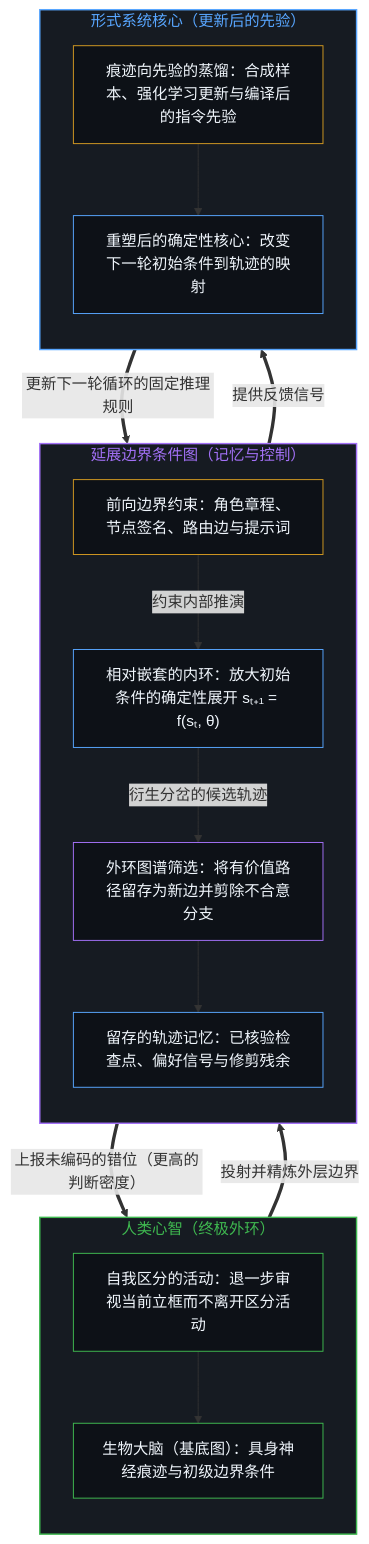
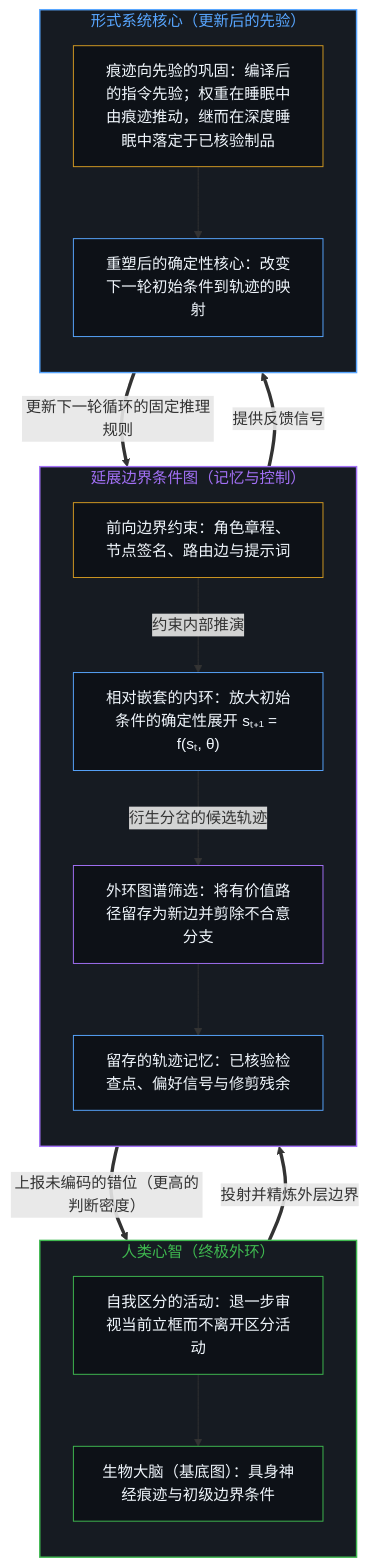
The third of 4 diagrams in content/posts/boundary-condition-graphs-as-memory-and-control-in-recursive-formal-systems.md (powerpig99/not-a-toe), drawn with Mermaid before and after one commit. The commit also changed other lines of this file and 13 other files, not shown here.

````diff
--- a/content/posts/boundary-condition-graphs-as-memory-and-control-in-recursive-formal-systems.md
+++ b/content/posts/boundary-condition-graphs-as-memory-and-control-in-recursive-formal-systems.md
@@ -117,38 +117,38 @@
 ```mermaid
 flowchart TD
     subgraph S_Mind["人类心智（终极外环）"]
         direction TB
         Edge["自我区分的活动：退一步审视当前立框而不离开区分活动"]
         BaseGraph["生物大脑（基底图）：具身神经痕迹与初级边界条件"]
         Edge --> BaseGraph
     end
     subgraph S_ExtGraph["延展边界条件图（记忆与控制）"]
         direction TB
         Constraints["前向边界约束：角色章程、节点签名、路由边与提示词"]
         Traces["留存的轨迹记忆：已核验检查点、偏好信号与修剪残余"]
         Constraints -->|"约束内部推演"| InnerLoop["相对嵌套的内环：放大初始条件的确定性展开 sₜ₊₁ = f(sₜ, θ)"]
         InnerLoop -->|"衍生分岔的候选轨迹"| Selection["外环图谱筛选：将有价值路径留存为新边并剪除不合意分支"]
         Selection --> Traces
     end
     subgraph S_Core["形式系统核心（更新后的先验）"]
         direction TB
-        Feedback["痕迹向先验的蒸馏：合成样本、强化学习更新与编译后的指令先验"]
+        Feedback["痕迹向先验的巩固：编译后的指令先验；权重在睡眠中由痕迹推动，继而在深度睡眠中落定于已核验制品"]
         NextPriors["重塑后的确定性核心：改变下一轮初始条件到轨迹的映射"]
         Feedback --> NextPriors
     end
     BaseGraph ==>|"投射并精炼外层边界"| Constraints
     Selection ==>|"上报未编码的错位（更高的判断密度）"| Edge
     Traces ==>|"提供反馈信号"| Feedback
     NextPriors ==>|"更新下一轮循环的固定推理规则"| InnerLoop
     style S_Mind fill:#161b22,stroke:#3fb950,stroke-width:1.5px,color:#3fb950
     style S_ExtGraph fill:#161b22,stroke:#a371f7,stroke-width:1.5px,color:#a371f7
     style S_Core fill:#161b22,stroke:#58a6ff,stroke-width:1.5px,color:#58a6ff
     style Edge fill:#0d1117,stroke:#3fb950,stroke-width:1px,color:#f0f6fc
     style BaseGraph fill:#0d1117,stroke:#3fb950,stroke-width:1px,color:#f0f6fc
     style Constraints fill:#0d1117,stroke:#d29922,stroke-width:1px,color:#f0f6fc
     style InnerLoop fill:#0d1117,stroke:#58a6ff,stroke-width:1px,color:#f0f6fc
     style Selection fill:#0d1117,stroke:#a371f7,stroke-width:1px,color:#f0f6fc
     style Traces fill:#0d1117,stroke:#58a6ff,stroke-width:1px,color:#f0f6fc
     style Feedback fill:#0d1117,stroke:#d29922,stroke-width:1px,color:#f0f6fc
     style NextPriors fill:#0d1117,stroke:#58a6ff,stroke-width:1px,color:#f0f6fc
 ```
````
